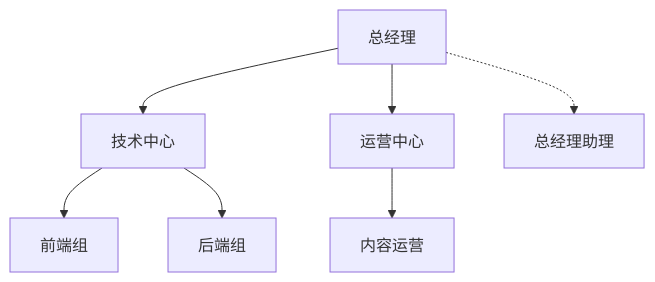
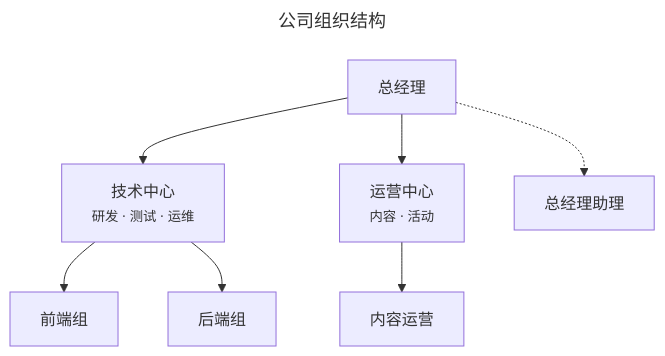
Before and after one commit to huang-hee/diagram-kit: the second of 5 diagrams in references/types-thinking.md, drawn with Mermaid. The commit also changed other lines of this file and 248 other files, not shown here.

First line of the commit message:
feat: 示例按统一风格重做，补齐 42 张 drawio 整图示例，默认工具改为 drawio

````diff
--- a/references/types-thinking.md
+++ b/references/types-thinking.md
@@ -71,9 +72,12 @@
 ```mermaid
+---
+title: 公司组织结构
+---
 flowchart TB
-  CEO[总经理]:::top --> CTO[技术中心]:::l2
-  CEO --> COO[运营中心]:::l2
+  CEO[总经理]:::top --> CTO["技术中心<br><small>研发 · 测试 · 运维</small>"]:::l2
+  CEO --> COO["运营中心<br><small>内容 · 活动</small>"]:::l2
   CEO -.-> AS[总经理助理]:::aux
   CTO --> FE[前端组]:::l3
   CTO --> BE[后端组]:::l3
   COO --> OP[内容运营]:::l3
 ```
````
